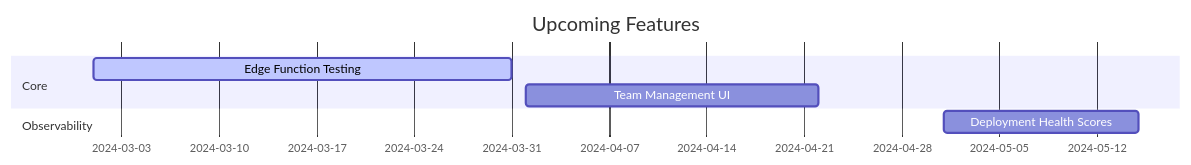
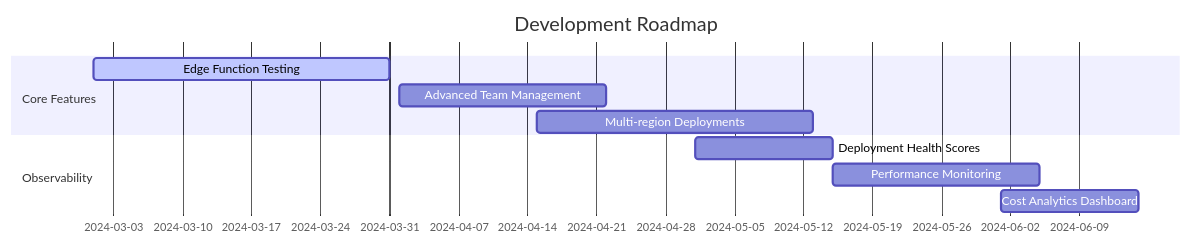
Before and after one commit to aynaash/nextdeployfrontend: the second of 2 diagrams in README.md, drawn with Mermaid. The commit also changed other lines of this file and 2 other files, not shown here.

````diff
--- a/README.md
+++ b/README.md
@@ -124,10 +230,14 @@
 ```mermaid
 gantt
-    title Upcoming Features
+    title Development Roadmap
     dateFormat  YYYY-MM-DD
-    section Core
+    section Core Features
     Edge Function Testing       :active, 2024-03-01, 30d
-    Team Management UI          :2024-04-01, 21d
-    section Observability
+    Advanced Team Management    :2024-04-01, 21d
+    Multi-region Deployments    :2024-04-15, 28d
+    
+    section Observability  
     Deployment Health Scores    :2024-05-01, 14d
+    Performance Monitoring      :2024-05-15, 21d
+    Cost Analytics Dashboard    :2024-06-01, 14d
 ```
````
